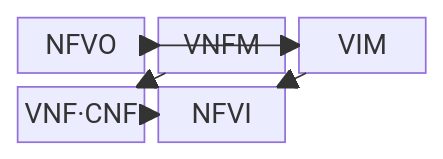
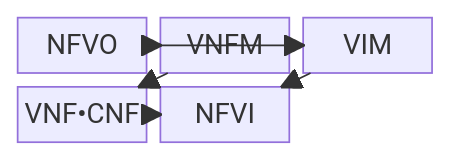
Before and after one commit to agnusdei1207/knowledge-base: the first of 2 diagrams in src/content/docs/notes/04-network/057_network_functions_virtualization.md, drawn with Mermaid. The commit also changed other lines of this file and 953 other files, not shown here.

````diff
--- a/src/content/docs/notes/04-network/057_network_functions_virtualization.md
+++ b/src/content/docs/notes/04-network/057_network_functions_virtualization.md
@@ -67,14 +67,14 @@
 ```mermaid
 block-beta
     columns 3
     A["NFVO"]
     B["VNFM"]
     C["VIM"]
-    D["VNF·CNF"]
+    D["VNF•CNF"]
     E["NFVI"]
     A --> B
     A --> C
     B --> D
     C --> E
     D --> E
 ```
````
